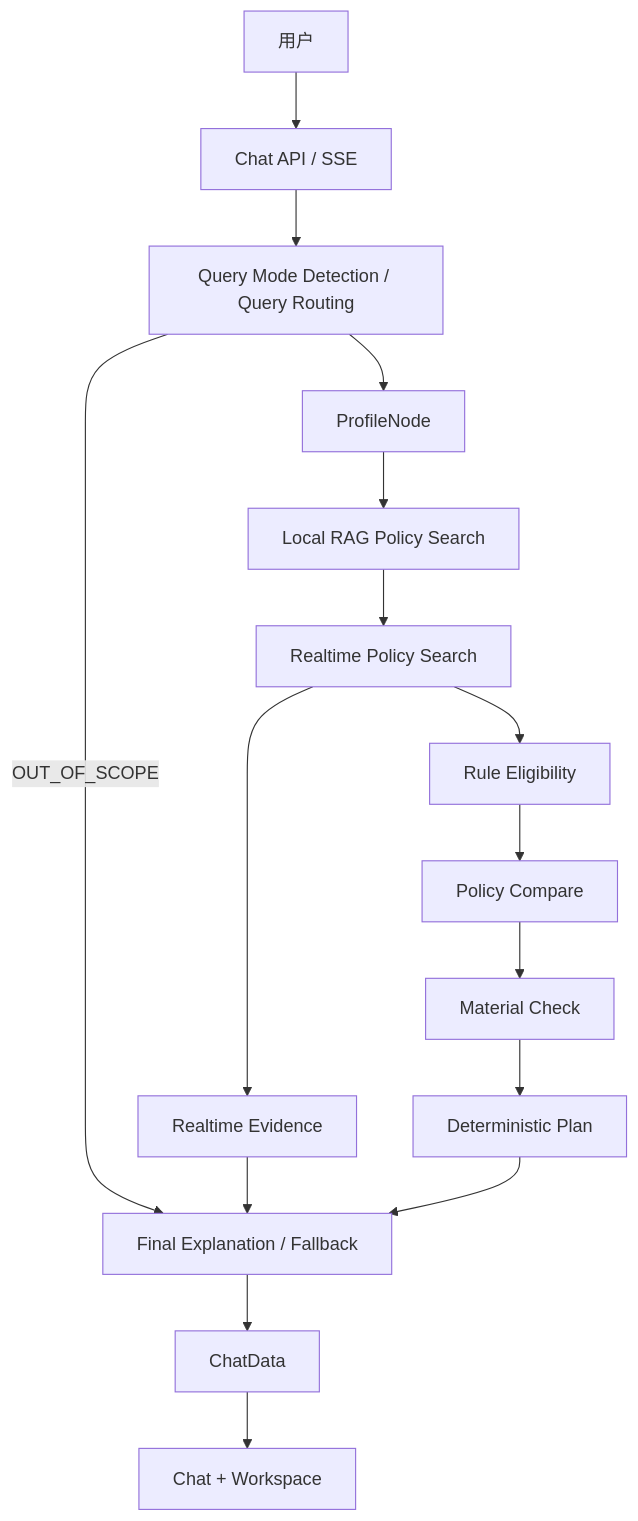
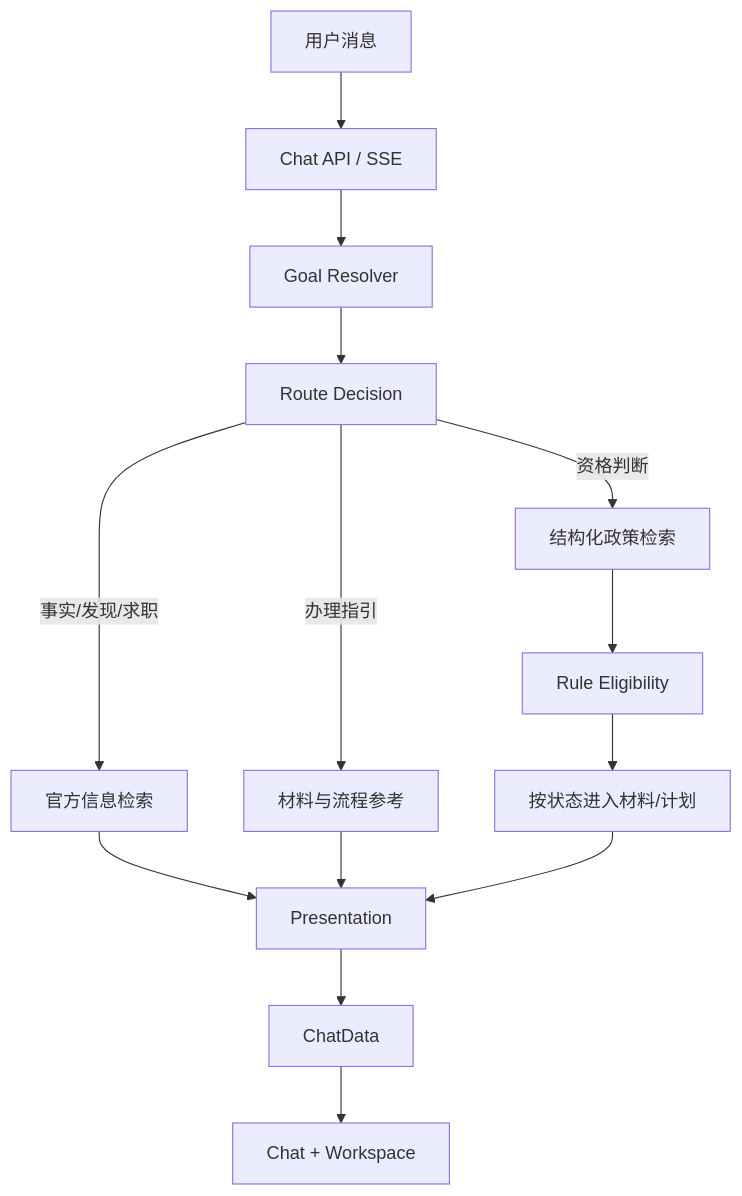
One commit to ican0506/QinCheng-Agent-Chat changed the diagram in README.md. Above: the diagram before and after it, drawn with Mermaid. The commit also changed other lines of this file, not shown here.

Commit message:
docs: update agent architecture and benchmark status

````diff
--- a/README.md
+++ b/README.md
@@ -56,18 +60,16 @@
 ```mermaid
 flowchart TD
-    U[用户] --> C[Chat API / SSE]
-    C --> Q[Query Mode Detection / Query Routing]
-    Q -->|OUT_OF_SCOPE| X[Final Explanation / Fallback]
-    Q --> P[ProfileNode]
-    P --> R[Local RAG Policy Search]
-    R --> RT[Realtime Policy Search]
-    RT --> E[Rule Eligibility]
-    RT --> RE[Realtime Evidence]
-    E --> PC[Policy Compare]
-    PC --> M[Material Check]
-    M --> PL[Deterministic Plan]
-    RE --> X[Final Explanation / Fallback]
-    PL --> X
-    X --> D[ChatData]
+    U[用户消息] --> C[Chat API / SSE]
+    C --> G[Goal Resolver]
+    G --> R[Route Decision]
+    R -->|事实/发现/求职| W[官方信息检索]
+    R -->|资格判断| S[结构化政策检索]
+    R -->|办理指引| A[材料与流程参考]
+    W --> P[Presentation]
+    S --> E[Rule Eligibility]
+    E --> M[按状态进入材料/计划]
+    A --> P
+    M --> P
+    P --> D[ChatData]
     D --> UI[Chat + Workspace]
 ```
````
